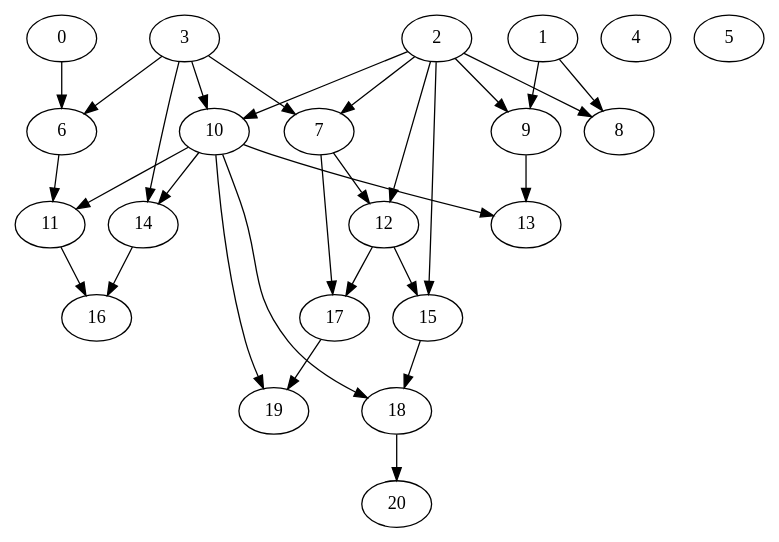
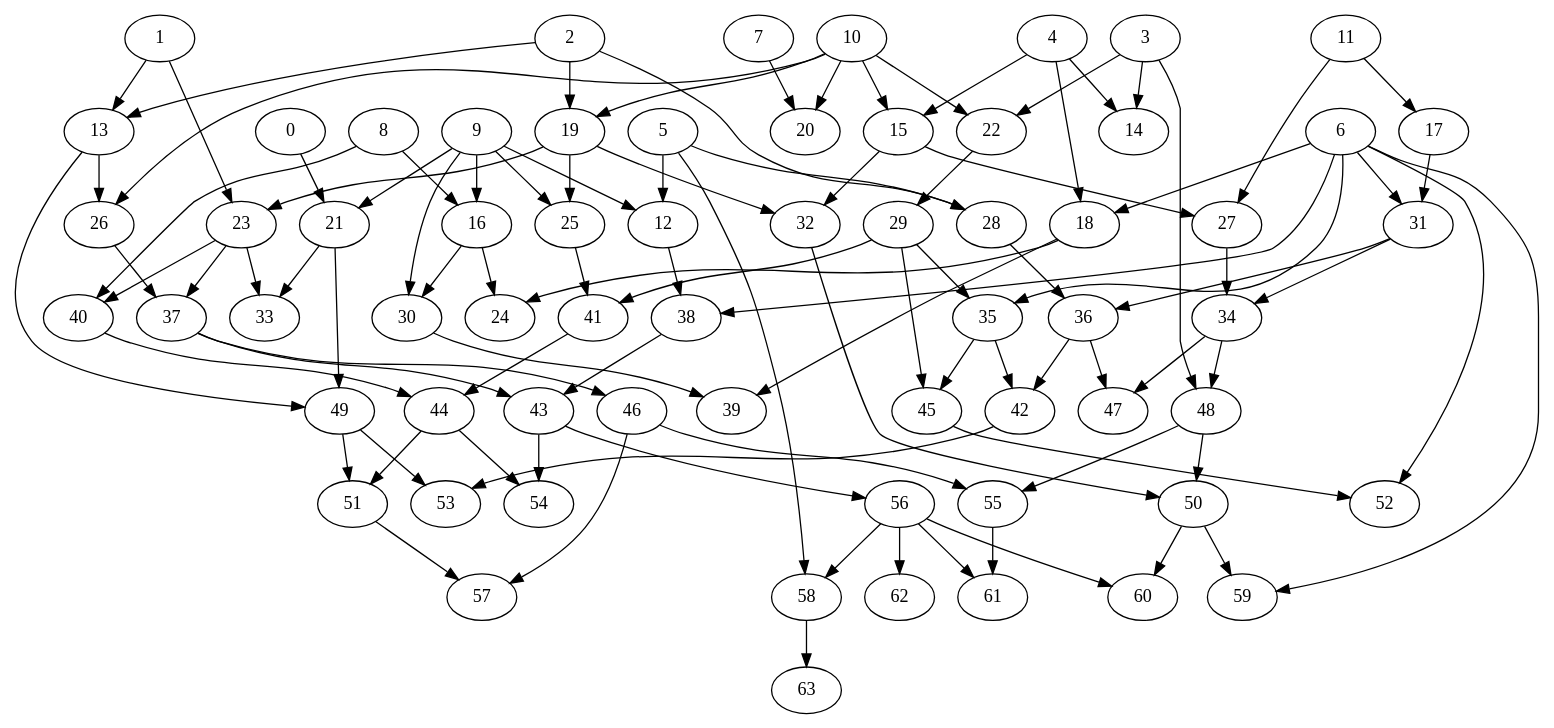
One commit to Ajax12345/protestGP changed the diagram in test.dot. Above: the diagram before and after it, drawn with Graphviz. The commit also changed 4 other files, not shown here.

```diff
--- a/test.dot
+++ b/test.dot
@@ -1,52 +1,164 @@
 strict digraph "" {
 	0	[layer=1];
-	6	[layer=2];
-	0 -> 6;
+	21	[layer=2];
+	0 -> 21;
 	1	[layer=1];
-	8	[layer=2];
-	1 -> 8;
-	9	[layer=2];
-	1 -> 9;
+	13	[layer=2];
+	1 -> 13;
+	23	[layer=3];
+	1 -> 23;
 	2	[layer=1];
-	7	[layer=2];
-	2 -> 7;
-	2 -> 8;
-	2 -> 9;
-	10	[layer=2];
-	2 -> 10;
-	12	[layer=3];
-	2 -> 12;
-	15	[layer=4];
-	2 -> 15;
+	2 -> 13;
+	19	[layer=2];
+	2 -> 19;
+	28	[layer=2];
+	2 -> 28;
 	3	[layer=1];
-	3 -> 6;
-	3 -> 7;
-	3 -> 10;
-	14	[layer=3];
+	14	[layer=2];
 	3 -> 14;
+	22	[layer=2];
+	3 -> 22;
+	48	[layer=5];
+	3 -> 48;
 	4	[layer=1];
+	4 -> 14;
+	15	[layer=2];
+	4 -> 15;
+	18	[layer=2];
+	4 -> 18;
 	5	[layer=1];
-	11	[layer=3];
-	6 -> 11;
-	7 -> 12;
-	17	[layer=4];
-	7 -> 17;
-	13	[layer=3];
-	9 -> 13;
-	10 -> 11;
-	10 -> 13;
-	10 -> 14;
-	18	[layer=5];
-	10 -> 18;
-	19	[layer=5];
+	12	[layer=2];
+	5 -> 12;
+	5 -> 28;
+	58	[layer=7];
+	5 -> 58;
+	6	[layer=1];
+	6 -> 18;
+	31	[layer=3];
+	6 -> 31;
+	38	[layer=3];
+	6 -> 38;
+	35	[layer=4];
+	6 -> 35;
+	52	[layer=6];
+	6 -> 52;
+	59	[layer=7];
+	6 -> 59;
+	7	[layer=1];
+	20	[layer=2];
+	7 -> 20;
+	8	[layer=1];
+	16	[layer=2];
+	8 -> 16;
+	40	[layer=4];
+	8 -> 40;
+	9	[layer=1];
+	9 -> 12;
+	9 -> 16;
+	9 -> 21;
+	25	[layer=3];
+	9 -> 25;
+	30	[layer=3];
+	9 -> 30;
+	10	[layer=1];
+	10 -> 15;
 	10 -> 19;
-	16	[layer=4];
-	11 -> 16;
-	12 -> 15;
-	12 -> 17;
-	14 -> 16;
-	15 -> 18;
-	17 -> 19;
-	20	[layer=6];
-	18 -> 20;
+	10 -> 20;
+	10 -> 22;
+	26	[layer=3];
+	10 -> 26;
+	11	[layer=1];
+	17	[layer=2];
+	11 -> 17;
+	27	[layer=3];
+	11 -> 27;
+	12 -> 38;
+	13 -> 26;
+	49	[layer=3];
+	13 -> 49;
+	15 -> 27;
+	32	[layer=3];
+	15 -> 32;
+	24	[layer=3];
+	16 -> 24;
+	16 -> 30;
+	17 -> 31;
+	18 -> 24;
+	39	[layer=4];
+	18 -> 39;
+	19 -> 23;
+	19 -> 25;
+	19 -> 32;
+	21 -> 49;
+	33	[layer=4];
+	21 -> 33;
+	29	[layer=3];
+	22 -> 29;
+	36	[layer=4];
+	28 -> 36;
+	23 -> 33;
+	37	[layer=4];
+	23 -> 37;
+	23 -> 40;
+	41	[layer=4];
+	25 -> 41;
+	26 -> 37;
+	34	[layer=4];
+	27 -> 34;
+	29 -> 35;
+	29 -> 41;
+	45	[layer=5];
+	29 -> 45;
+	30 -> 39;
+	31 -> 34;
+	31 -> 36;
+	50	[layer=6];
+	32 -> 50;
+	43	[layer=5];
+	38 -> 43;
+	51	[layer=6];
+	49 -> 51;
+	53	[layer=6];
+	49 -> 53;
+	47	[layer=5];
+	34 -> 47;
+	34 -> 48;
+	42	[layer=5];
+	35 -> 42;
+	35 -> 45;
+	36 -> 42;
+	36 -> 47;
+	37 -> 43;
+	46	[layer=5];
+	37 -> 46;
+	44	[layer=5];
+	40 -> 44;
+	41 -> 44;
+	42 -> 53;
+	54	[layer=6];
+	43 -> 54;
+	56	[layer=6];
+	43 -> 56;
+	44 -> 51;
+	44 -> 54;
+	45 -> 52;
+	55	[layer=6];
+	46 -> 55;
+	57	[layer=7];
+	46 -> 57;
+	48 -> 50;
+	48 -> 55;
+	50 -> 59;
+	60	[layer=7];
+	50 -> 60;
+	51 -> 57;
+	61	[layer=7];
+	55 -> 61;
+	56 -> 58;
+	56 -> 60;
+	56 -> 61;
+	62	[layer=7];
+	56 -> 62;
+	63	[layer=8];
+	58 -> 63;
 }
```
